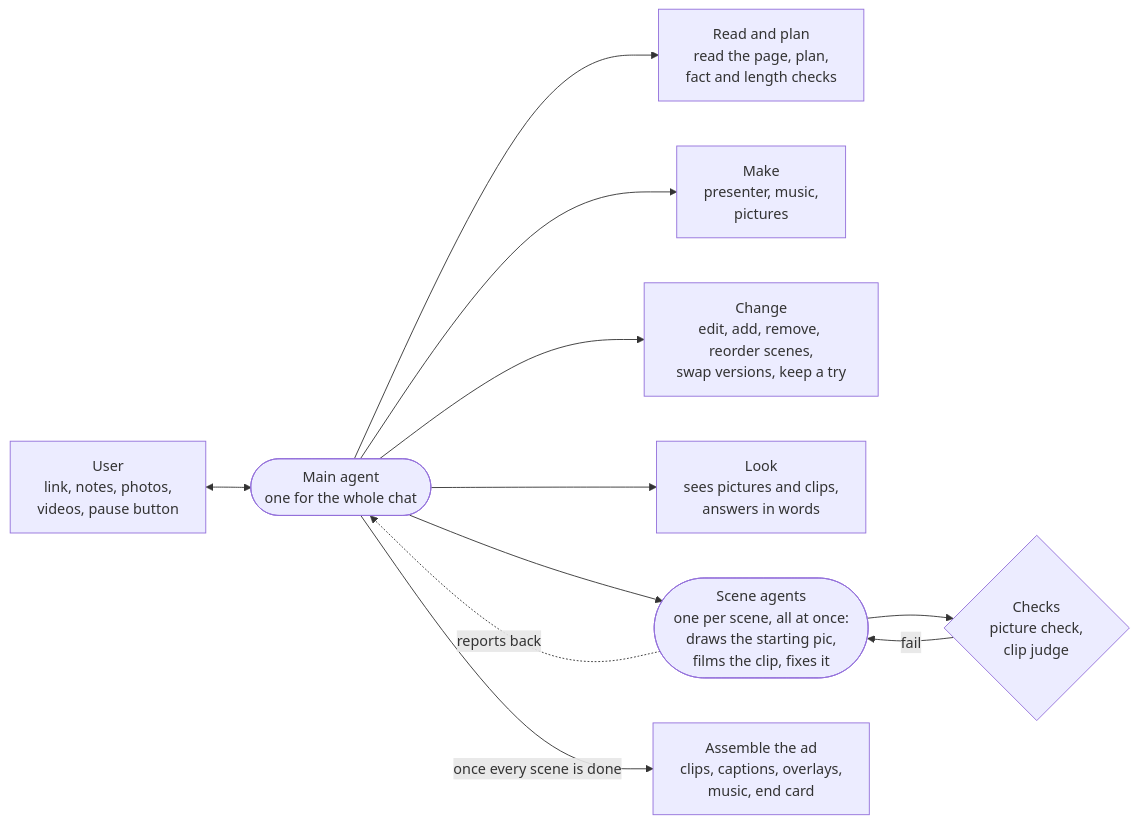
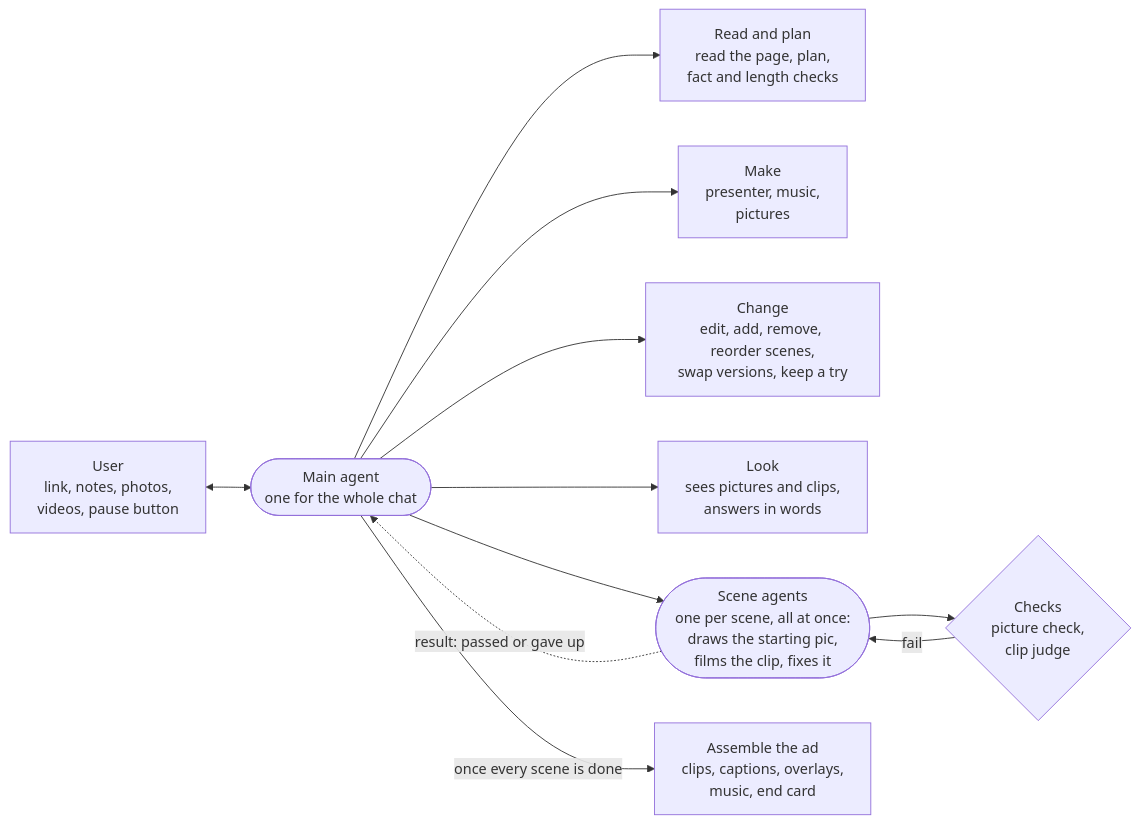
One commit to Julian-Win-Stack/adforge changed the diagram in docs/readme/how-it-works.mmd. Above: the diagram before and after it, drawn with Mermaid. The commit also changed 3 other files, not shown here.

```diff
--- a/docs/readme/how-it-works.mmd
+++ b/docs/readme/how-it-works.mmd
@@ -1,12 +1,12 @@
 %%{init: {"fontFamily": "Inter"}}%%
 flowchart LR
     O[User<br/>link, notes, photos,<br/>videos, pause button] <--> P(["Main agent<br/>one for the whole chat"])
     P --> R[Read and plan<br/>read the page, plan,<br/>fact and length checks]
     P --> M[Make<br/>presenter, music,<br/>pictures]
     P --> E[Change<br/>edit, add, remove, reorder scenes,<br/>swap versions, keep a try]
     P --> L[Look<br/>sees pictures and clips,<br/>answers in words]
     P --> S(["Scene agents<br/>one per scene, all at once:<br/>draws the starting pic,<br/>films the clip, fixes it"])
-    S -. reports back .-> P
+    S -. "result: passed or gave up" .-> P
     S --> C{Checks<br/>picture check,<br/>clip judge}
     C -- fail --> S
     P -- "once every scene is done" --> A[Assemble the ad<br/>clips, captions, overlays,<br/>music, end card]
```
